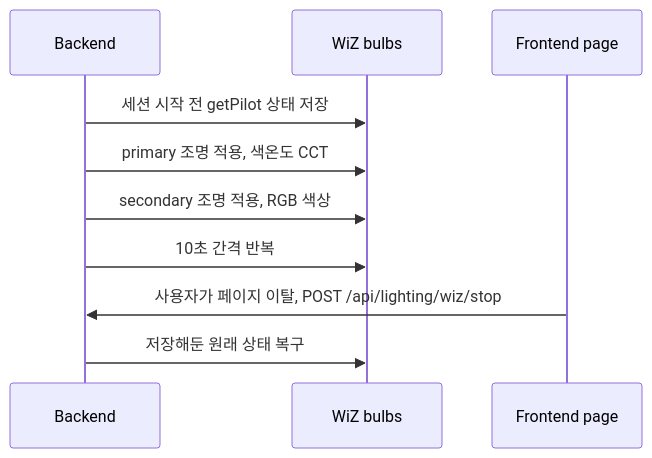
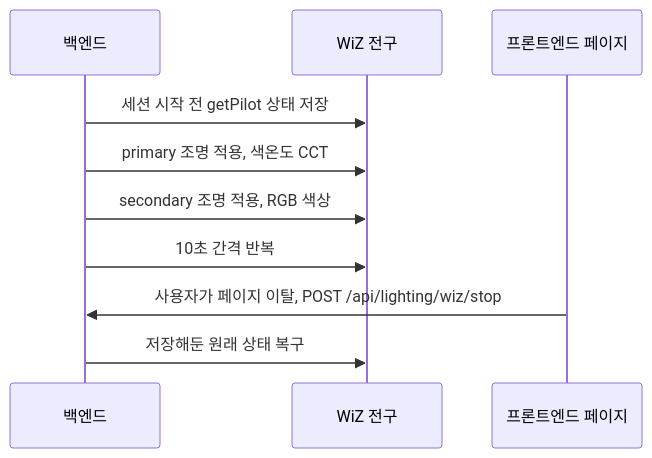
Before and after one commit to soonha01/noosbeta260215: the fifth of 7 diagrams in docs/system-flow-diagrams/README.md, drawn with Mermaid. The commit also changed other lines of this file and 7 other files, not shown here.

````diff
--- a/docs/system-flow-diagrams/README.md
+++ b/docs/system-flow-diagrams/README.md
@@ -88,13 +88,13 @@
 ```mermaid
 sequenceDiagram
-  participant B as Backend
-  participant W as WiZ bulbs
-  participant F as Frontend page
+  participant B as 백엔드
+  participant W as WiZ 전구
+  participant F as 프론트엔드 페이지
 
   B->>W: 세션 시작 전 getPilot 상태 저장
   B->>W: primary 조명 적용, 색온도 CCT
   B->>W: secondary 조명 적용, RGB 색상
   B->>W: 10초 간격 반복
   F->>B: 사용자가 페이지 이탈, POST /api/lighting/wiz/stop
   B->>W: 저장해둔 원래 상태 복구
 ```
````
